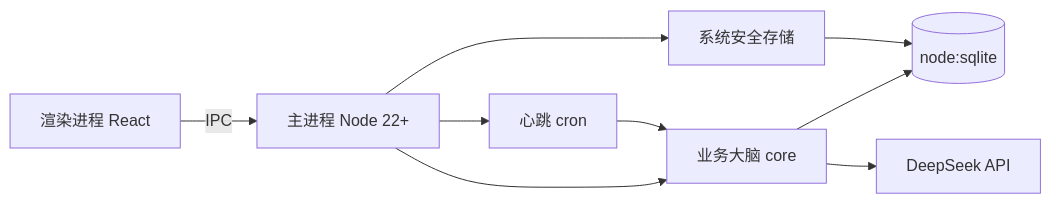
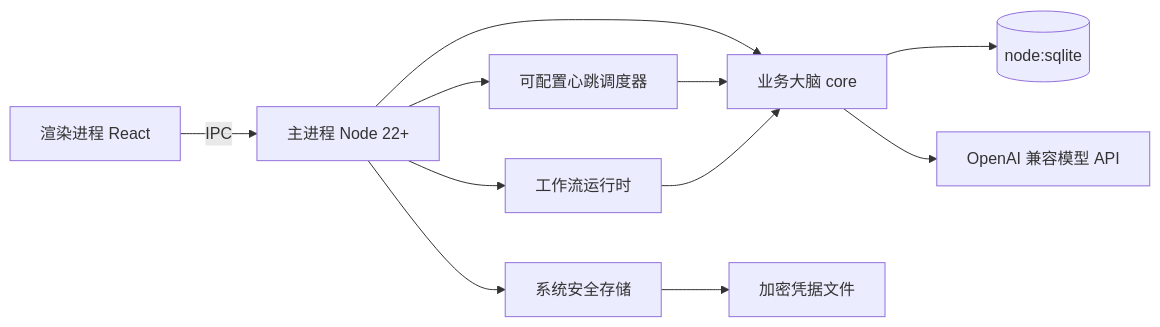
The diagram in README.md (CuSO41108/mission-agent), drawn with Mermaid before and after one commit. The commit also changed other lines of this file, not shown here.

````diff
--- a/README.md
+++ b/README.md
@@ -103,11 +104,13 @@
 ```mermaid
 flowchart LR
   Renderer[渲染进程 React] -->|IPC| Main[主进程 Node 22+]
   Main --> Core[业务大脑 core]
   Core --> SQLite[(node:sqlite)]
-  Core --> DeepSeek[DeepSeek API]
-  Main --> Scheduler[心跳 cron]
+  Core --> Model[OpenAI 兼容模型 API]
+  Main --> Scheduler[可配置心跳调度器]
+  Main --> Workflow[工作流运行时]
   Main --> SafeStorage[系统安全存储]
   Scheduler --> Core
-  SafeStorage --> SQLite
+  SafeStorage --> Secrets[加密凭据文件]
+  Workflow --> Core
 ```
````
